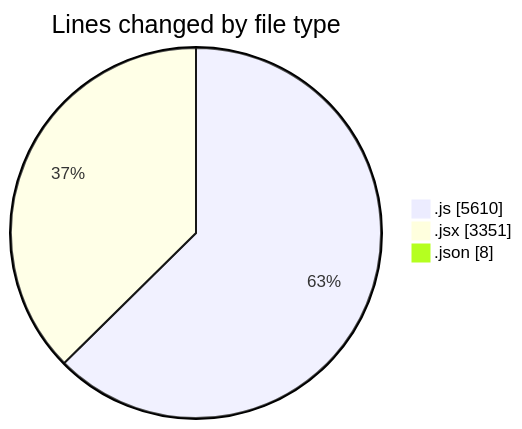
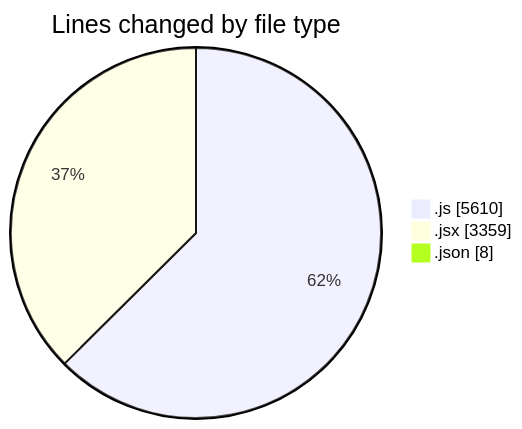
Before and after one commit to nxtqubesakshisongat/code-tracking: the first of 2 diagrams in 2025-07-23/nxtqube_webapp/README.md, drawn with Mermaid. The commit also changed other lines of this file and 1 other file, not shown here.

````diff
--- a/2025-07-23/nxtqube_webapp/README.md
+++ b/2025-07-23/nxtqube_webapp/README.md
@@ -59,7 +59,7 @@
 ```mermaid
 pie showData
 title Lines changed by file type
 ".js" : 5610
-".jsx" : 3351
+".jsx" : 3359
 ".json" : 8
 ```
````
